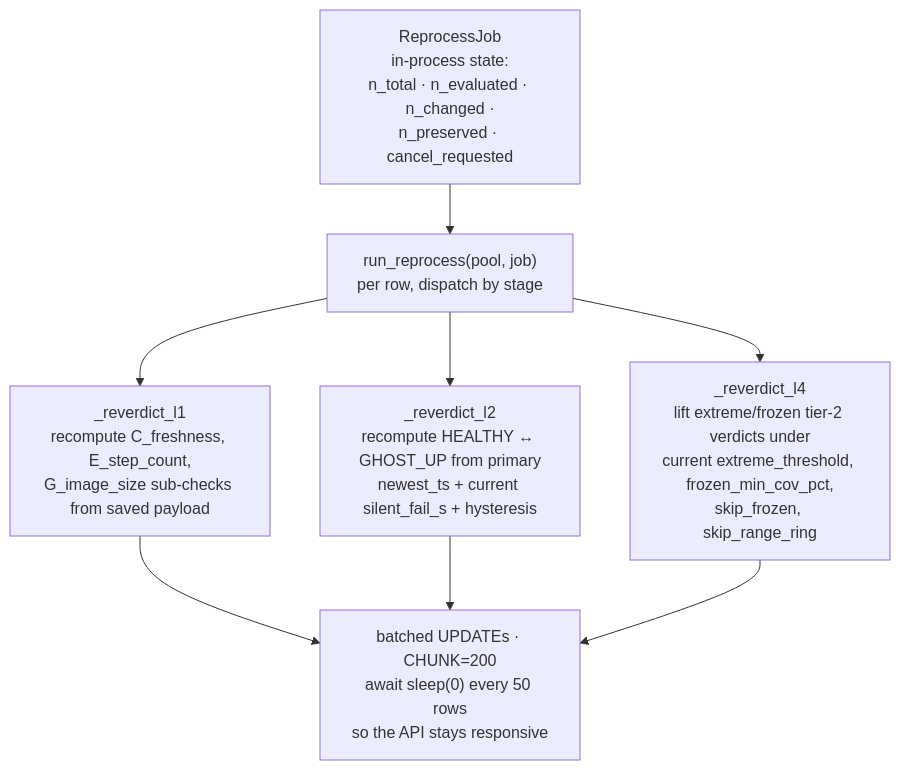
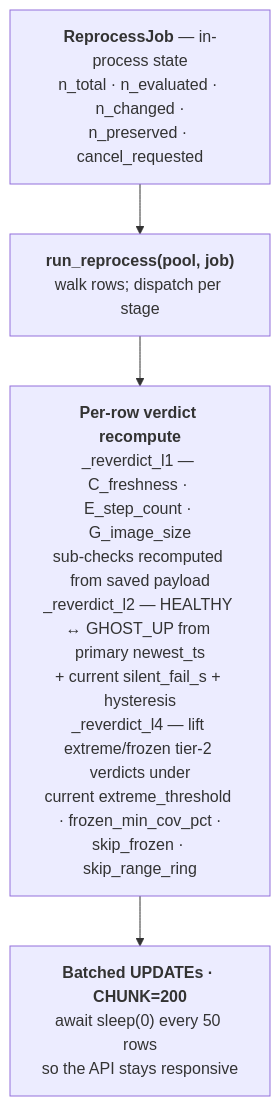
Before and after one commit to jkmesches/AQPI-Sentinel: the second of 2 diagrams in docs/ARCHITECTURE.md, drawn with Mermaid. The commit also changed other lines of this file and 7 other files, not shown here.

````diff
--- a/docs/ARCHITECTURE.md
+++ b/docs/ARCHITECTURE.md
@@ -328,15 +298,9 @@
 ```mermaid
 flowchart TB
-    job["ReprocessJob<br/>in-process state:<br/>n_total · n_evaluated · n_changed ·<br/>n_preserved · cancel_requested"]
-    run["run_reprocess(pool, job)<br/>per row, dispatch by stage"]
-    l1["_reverdict_l1<br/>recompute C_freshness, E_step_count,<br/>G_image_size sub-checks from saved payload"]
-    l2["_reverdict_l2<br/>recompute HEALTHY ↔ GHOST_UP from primary<br/>newest_ts + current silent_fail_s + hysteresis"]
-    l4["_reverdict_l4<br/>lift extreme/frozen tier-2 verdicts under<br/>current extreme_threshold, frozen_min_cov_pct,<br/>skip_frozen, skip_range_ring"]
-    update["batched UPDATEs · CHUNK=200<br/>await sleep(0) every 50 rows<br/>so the API stays responsive"]
+    job["<b>ReprocessJob</b> — in-process state<br/>n_total · n_evaluated · n_changed ·<br/>n_preserved · cancel_requested"]
+    run["<b>run_reprocess(pool, job)</b><br/>walk rows; dispatch per stage"]
+    verdict["<b>Per-row verdict recompute</b><br/>_reverdict_l1 — C_freshness · E_step_count · G_image_size<br/>sub-checks recomputed from saved payload<br/>_reverdict_l2 — HEALTHY ↔ GHOST_UP from primary newest_ts<br/>+ current silent_fail_s + hysteresis<br/>_reverdict_l4 — lift extreme/frozen tier-2 verdicts under<br/>current extreme_threshold · frozen_min_cov_pct ·<br/>skip_frozen · skip_range_ring"]
+    update["<b>Batched UPDATEs · CHUNK=200</b><br/>await sleep(0) every 50 rows<br/>so the API stays responsive"]
 
-    job --> run
-    run --> l1 & l2 & l4
-    l1 --> update
-    l2 --> update
-    l4 --> update
+    job --> run --> verdict --> update
 ```
````
